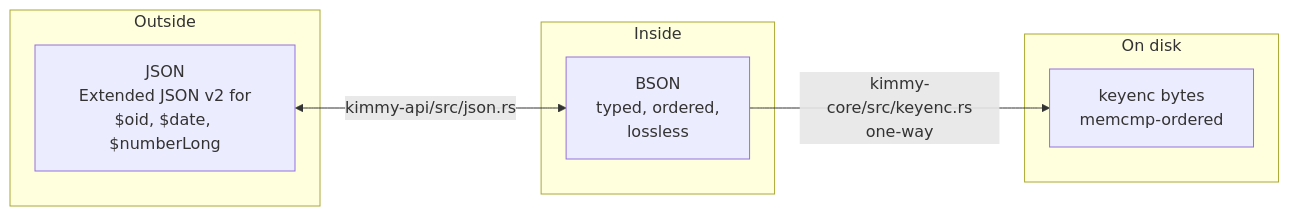
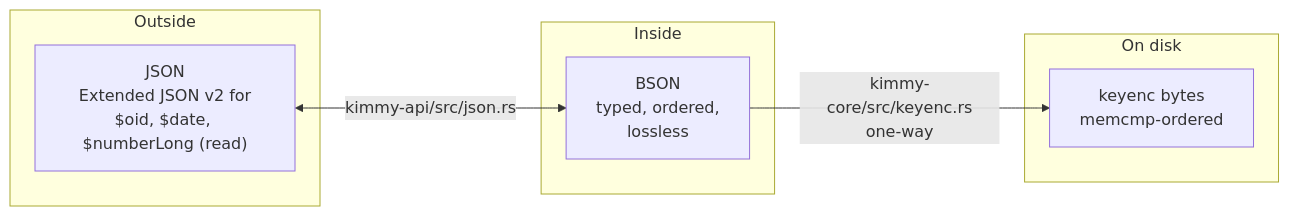
The fifth of 5 diagrams in docs/architecture.md (titusai-io/kimmydb), drawn with Mermaid before and after one commit. The commit also changed 73 other files, not shown here.

````diff
--- a/docs/architecture.md
+++ b/docs/architecture.md
@@ -199,15 +199,15 @@
 ```mermaid
 graph LR
     subgraph OUT["Outside"]
-        J["JSON<br/>Extended JSON v2 for<br/>$oid, $date, $numberLong"]
+        J["JSON<br/>Extended JSON v2 for<br/>$oid, $date, $numberLong (read)"]
     end
     subgraph IN["Inside"]
         B["BSON<br/>typed, ordered,<br/>lossless"]
     end
     subgraph DISK["On disk"]
         K["keyenc bytes<br/>memcmp-ordered"]
     end
 
     J <-->|kimmy-api/src/json.rs| B
     B -->|kimmy-core/src/keyenc.rs<br/>one-way| K
 ```
````
